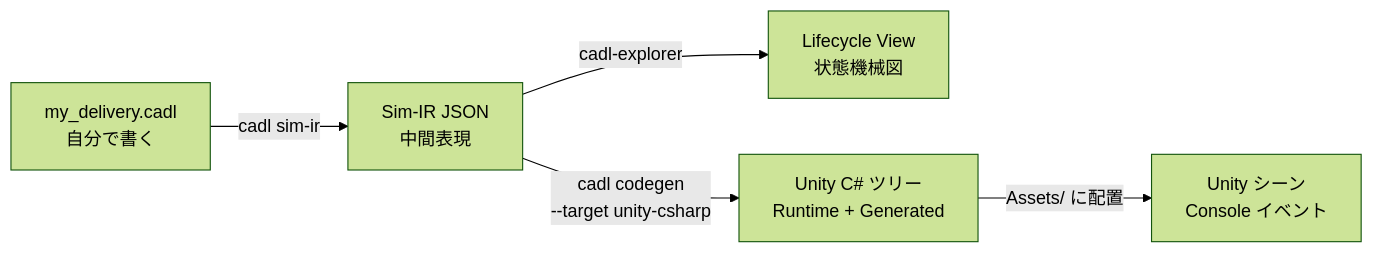
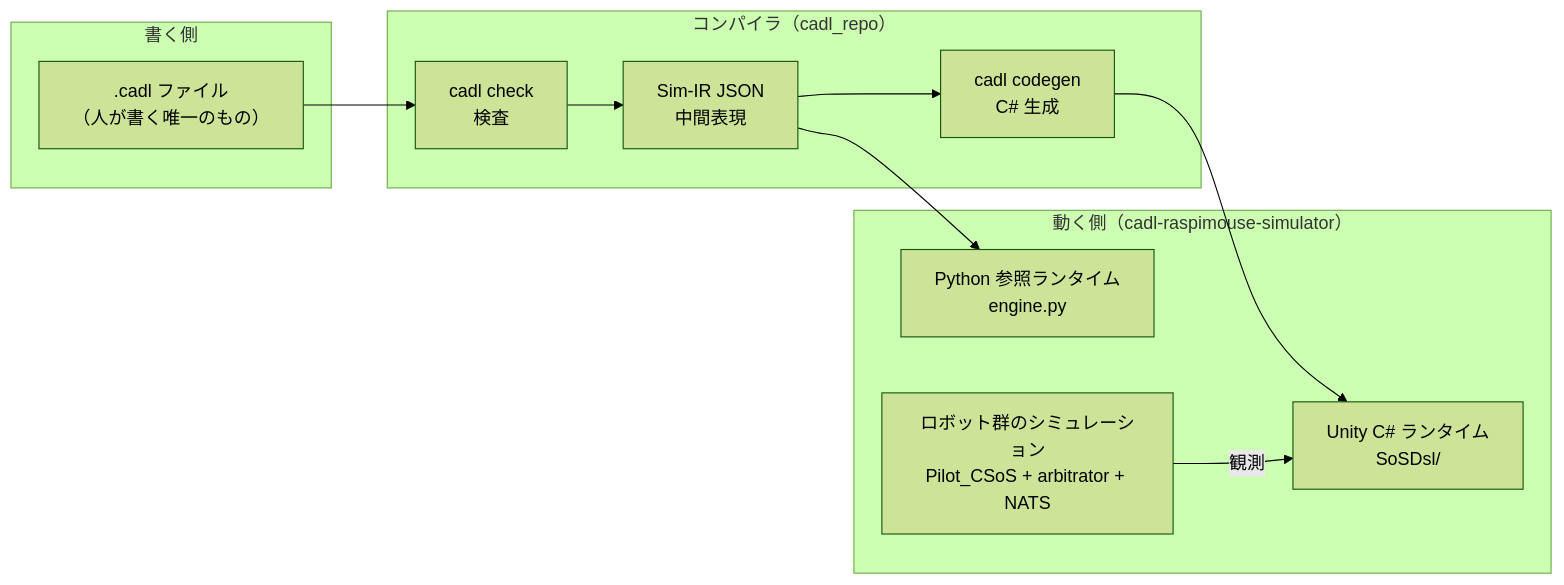
Before and after one commit to ertlnagoya/cadl-spec: the diagram in i18n/ja/docusaurus-plugin-content-docs/current/textbook/02-toolchain-setup.md, drawn with Mermaid (forest theme). The commit also changed other lines of this file and 7 other files, not shown here.

````diff
--- a/i18n/ja/docusaurus-plugin-content-docs/current/textbook/02-toolchain-setup.md
+++ b/i18n/ja/docusaurus-plugin-content-docs/current/textbook/02-toolchain-setup.md
@@ -45,12 +49,20 @@
 ```mermaid
 flowchart LR
-  CADL[my_delivery.cadl<br/>自分で書く]
-  IR[Sim-IR JSON<br/>中間表現]
-  EXPL[Lifecycle View<br/>状態機械図]
-  CSH[Unity C# ツリー<br/>Runtime + Generated]
-  UNITY[Unity シーン<br/>Console イベント]
-  CADL -->|cadl sim-ir| IR
-  IR -->|cadl-explorer| EXPL
-  IR -->|cadl codegen<br/>--target unity-csharp| CSH
-  CSH -->|Assets/ に配置| UNITY
+  subgraph A["書く側"]
+    CADL[".cadl ファイル<br/>（人が書く唯一のもの）"]
+  end
+  subgraph B["コンパイラ（cadl_repo）"]
+    CHECK[cadl check<br/>検査]
+    IR["Sim-IR JSON<br/>中間表現"]
+    GEN[cadl codegen<br/>C# 生成]
+  end
+  subgraph C["動く側（cadl-raspimouse-simulator）"]
+    PY["Python 参照ランタイム<br/>engine.py"]
+    UN["Unity C# ランタイム<br/>SoSDsl/"]
+    SIM["ロボット群のシミュレーション<br/>Pilot_CSoS + arbitrator + NATS"]
+  end
+  CADL --> CHECK --> IR
+  IR --> PY
+  IR --> GEN --> UN
+  SIM -->|観測| UN
 ```
````
